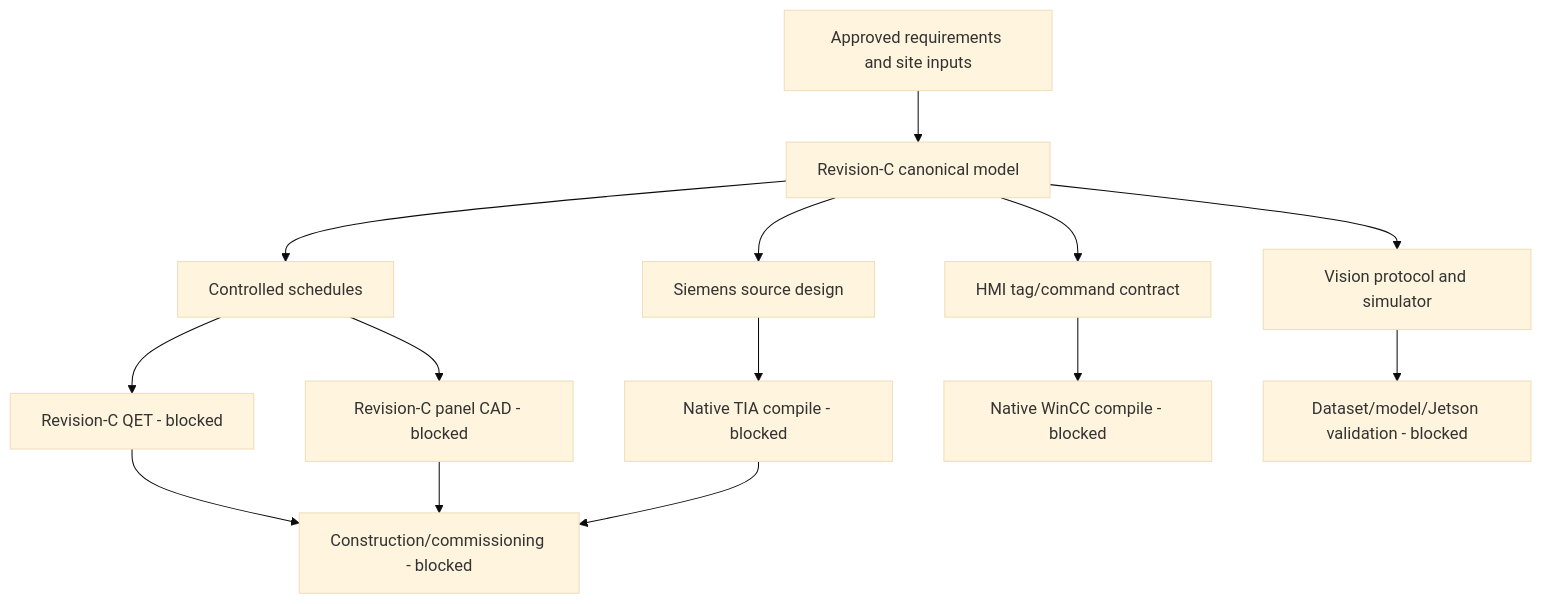
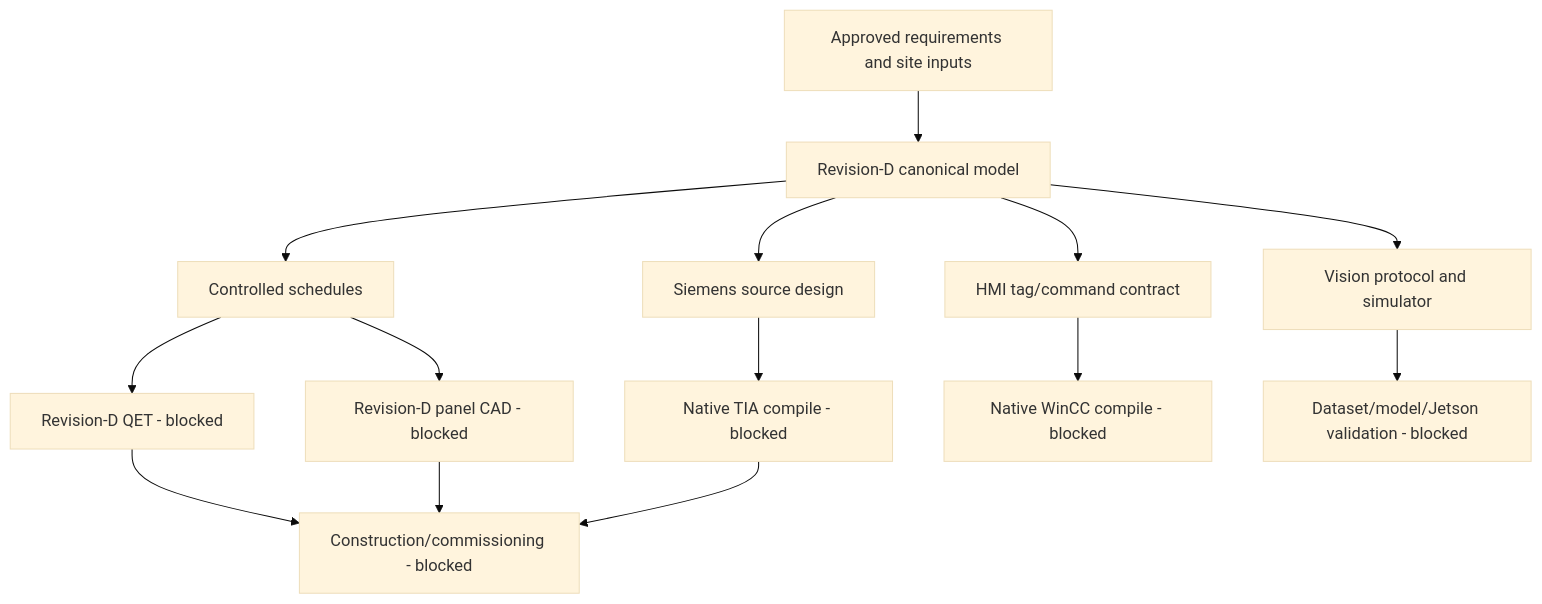
The diagram in 00_project_control/dependency_graph.mmd (chad416/industry-grade-siemens-nvidia), drawn with Mermaid (base theme) before and after one commit. The commit also changed 199 other files, not shown here.

```diff
--- a/00_project_control/dependency_graph.mmd
+++ b/00_project_control/dependency_graph.mmd
@@ -1,14 +1,14 @@
 flowchart TD
-  R[Approved requirements and site inputs] --> C[Revision-C canonical model]
+  R[Approved requirements and site inputs] --> C[Revision-D canonical model]
   C --> S[Controlled schedules]
   C --> PLC[Siemens source design]
   C --> HMI[HMI tag/command contract]
   C --> V[Vision protocol and simulator]
-  S --> QET[Revision-C QET - blocked]
-  S --> CAD[Revision-C panel CAD - blocked]
+  S --> QET[Revision-D QET - blocked]
+  S --> CAD[Revision-D panel CAD - blocked]
   PLC --> TIA[Native TIA compile - blocked]
   HMI --> WINCC[Native WinCC compile - blocked]
   V --> TARGET[Dataset/model/Jetson validation - blocked]
   QET --> PHYSICAL[Construction/commissioning - blocked]
   CAD --> PHYSICAL
   TIA --> PHYSICAL
```
